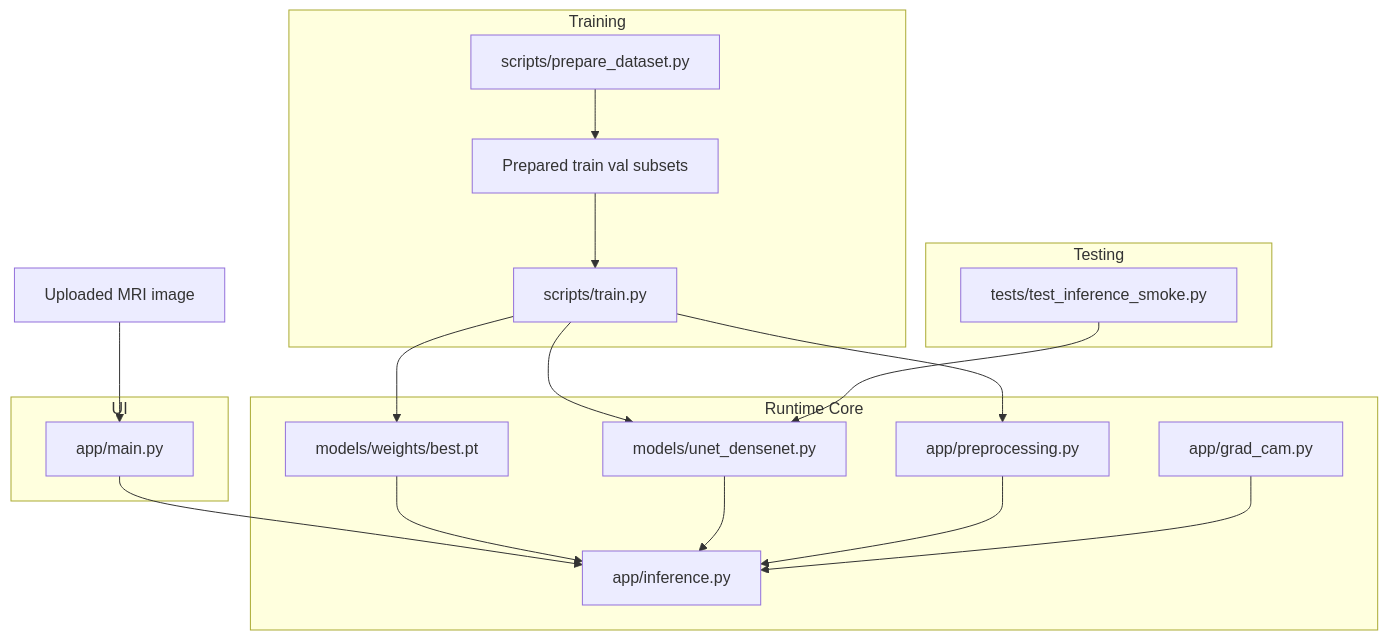
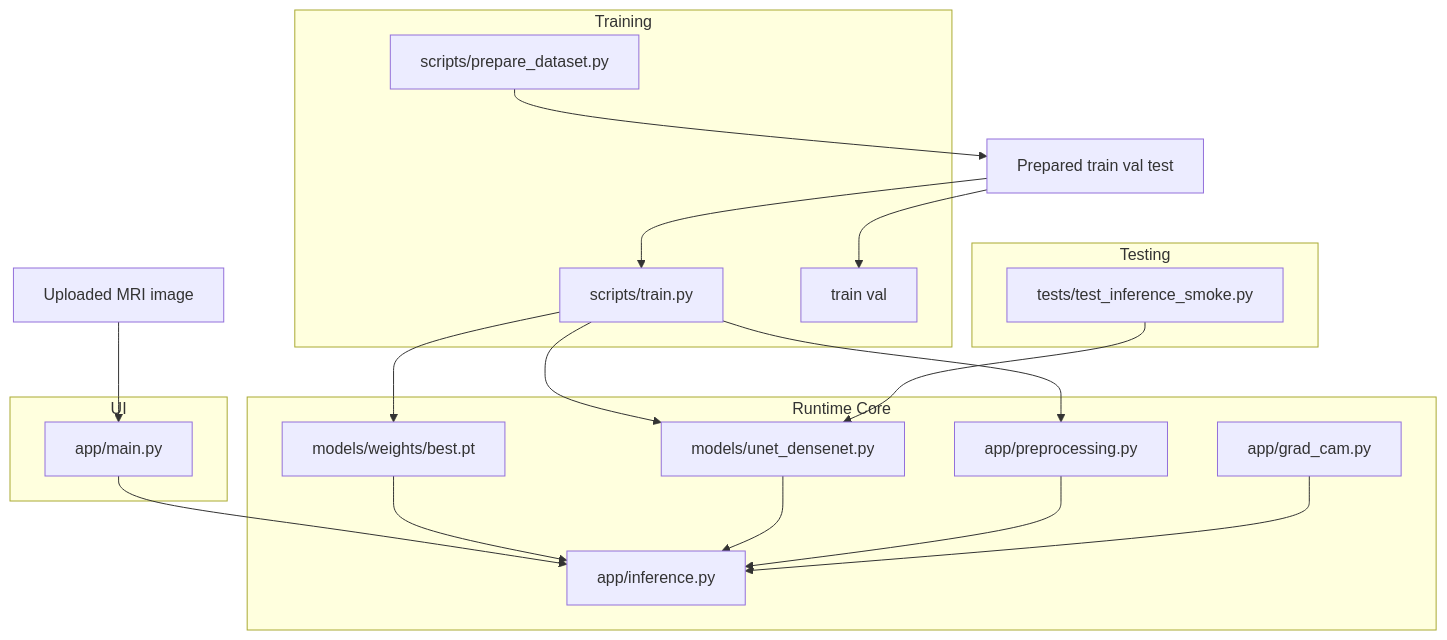
The first of 2 diagrams in docs/architecture.md (chempananickal/Tumor_Classifier), drawn with Mermaid before and after one commit.

Commit message:
docs: update architecture diagram to clarify dataset preparation and training subsets

````diff
--- a/docs/architecture.md
+++ b/docs/architecture.md
@@ -18,33 +18,34 @@
 ```mermaid
 graph TD
   U[Uploaded MRI image] --> M[app/main.py]
   M --> IE[app/inference.py]
   CKPT[models/weights/best.pt] --> IE
   MOD[models/unet_densenet.py] --> IE
   PREP[app/preprocessing.py] --> IE
   GC[app/grad_cam.py] --> IE
   TSP[scripts/train.py] --> CKPT
   TSP --> MOD
   TSP --> PREP
-  PREPDS[scripts/prepare_dataset.py] --> DATA[Prepared train val subsets]
+  PREPDS[scripts/prepare_dataset.py] --> DATA[Prepared train val test]
+  DATA --> SUBSET[train val]
   DATA --> TSP
   TEST[tests/test_inference_smoke.py] --> MOD
   subgraph Training
     PREPDS
-    DATA
+    SUBSET
     TSP
   end
   subgraph Runtime Core
     MOD
     PREP
     GC
     CKPT
     IE
   end
   subgraph UI
     M
   end
   subgraph Testing
     TEST
   end
 ```
````
